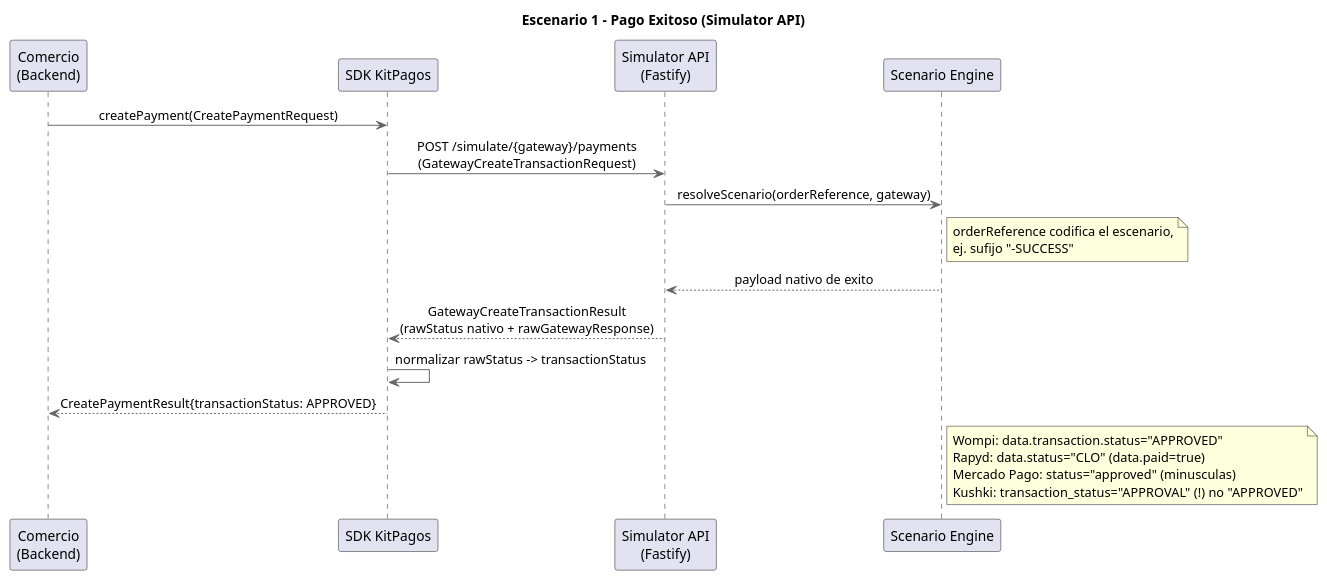
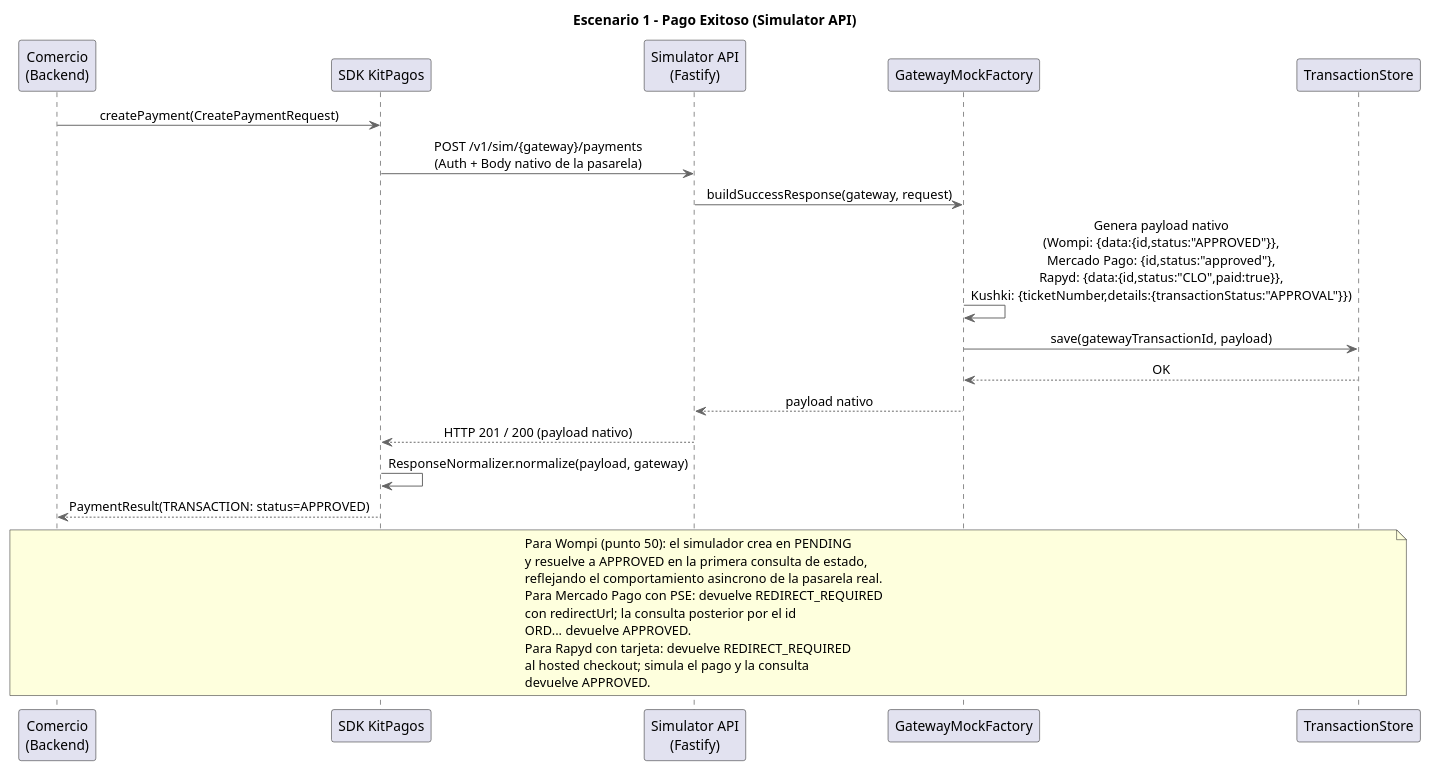
The diagram in docs/architecture/Simulador API/diagrams-source/sequence-successful-payment.puml (PurosBrothers/Kit-Pagos-Colombia---Tesis), drawn with PlantUML before and after one commit. The commit also changed 12 other files, not shown here.

First line of the commit message:
docs(docs): update diagrams

```diff
--- a/docs/architecture/Simulador API/diagrams-source/sequence-successful-payment.puml
+++ b/docs/architecture/Simulador API/diagrams-source/sequence-successful-payment.puml
@@ -1,32 +1,37 @@
 @startuml Sequence Diagram - Successful Payment
 title Escenario 1 - Pago Exitoso (Simulator API)
 skinparam backgroundColor white
 skinparam sequenceMessageAlign center
 skinparam ArrowColor #666666
 skinparam LifeLineBorderColor #666666
 
 participant "Comercio\n(Backend)" as Comercio
 participant "SDK KitPagos" as SDK
 participant "Simulator API\n(Fastify)" as SimAPI
-participant "Scenario Engine" as Engine
+participant "GatewayMockFactory" as MockFactory
+participant "TransactionStore" as Store
 
 Comercio -> SDK : createPayment(CreatePaymentRequest)
-SDK -> SimAPI : POST /simulate/{gateway}/payments\n(GatewayCreateTransactionRequest)
-SimAPI -> Engine : resolveScenario(orderReference, gateway)
-note right of Engine
-  orderReference codifica el escenario,
-  ej. sufijo "-SUCCESS"
-end note
-Engine --> SimAPI : payload nativo de exito
-SimAPI --> SDK : GatewayCreateTransactionResult\n(rawStatus nativo + rawGatewayResponse)
-SDK -> SDK : normalizar rawStatus -> transactionStatus
-SDK --> Comercio : CreatePaymentResult{transactionStatus: APPROVED}
+SDK -> SimAPI : POST /v1/sim/{gateway}/payments\n(Auth + Body nativo de la pasarela)
+SimAPI -> MockFactory : buildSuccessResponse(gateway, request)
+MockFactory -> MockFactory : Genera payload nativo\n(Wompi: {data:{id,status:"APPROVED"}},\nMercado Pago: {id,status:"approved"},\nRapyd: {data:{id,status:"CLO",paid:true}},\nKushki: {ticketNumber,details:{transactionStatus:"APPROVAL"}})
+MockFactory -> Store : save(gatewayTransactionId, payload)
+Store --> MockFactory : OK
+MockFactory --> SimAPI : payload nativo
+SimAPI --> SDK : HTTP 201 / 200 (payload nativo)
+SDK -> SDK : ResponseNormalizer.normalize(payload, gateway)
+SDK --> Comercio : PaymentResult(TRANSACTION: status=APPROVED)
 
-note right of Engine
-  Wompi: data.transaction.status="APPROVED"
-  Rapyd: data.status="CLO" (data.paid=true)
-  Mercado Pago: status="approved" (minusculas)
-  Kushki: transaction_status="APPROVAL" (!) no "APPROVED"
+note over Comercio, Store
+  Para Wompi (punto 50): el simulador crea en PENDING
+  y resuelve a APPROVED en la primera consulta de estado,
+  reflejando el comportamiento asincrono de la pasarela real.
+  Para Mercado Pago con PSE: devuelve REDIRECT_REQUIRED
+  con redirectUrl; la consulta posterior por el id
+  ORD... devuelve APPROVED.
+  Para Rapyd con tarjeta: devuelve REDIRECT_REQUIRED
+  al hosted checkout; simula el pago y la consulta
+  devuelve APPROVED.
 end note
 
 @enduml
```
